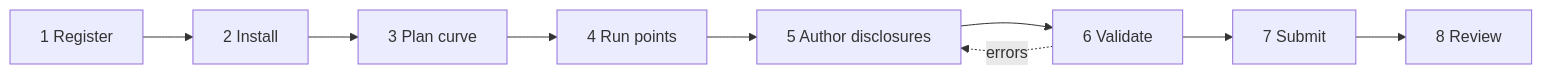
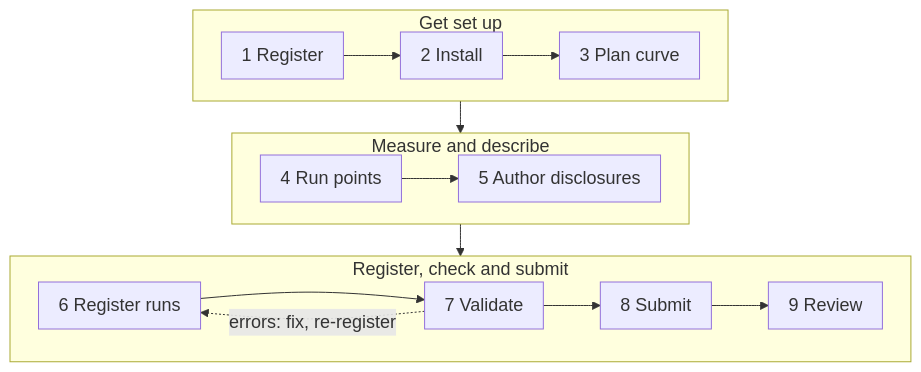
Before and after one commit to mlcommons/endpoints-submission-docs: the diagram in docs/workflow/index.md, drawn with Mermaid. The commit also changed other lines of this file and 45 other files, not shown here.

````diff
--- a/docs/workflow/index.md
+++ b/docs/workflow/index.md
@@ -7,6 +3,18 @@
 ```mermaid
-flowchart LR
-    R[1 Register] --> I[2 Install] --> P[3 Plan curve] --> X[4 Run points]
-    X --> D[5 Author disclosures] --> V[6 Validate] --> S[7 Submit] --> A[8 Review]
-    V -.->|errors| D
+%%{init: {"themeVariables": {"fontSize": "18px"}, "flowchart": {"nodeSpacing": 24, "rankSpacing": 32, "padding": 10}}}%%
+flowchart TB
+    subgraph setup ["Get set up"]
+        direction LR
+        R[1 Register] --> I[2 Install] --> P[3 Plan curve]
+    end
+    subgraph measure ["Measure and describe"]
+        direction LR
+        X[4 Run points] --> D[5 Author disclosures]
+    end
+    subgraph submit ["Register, check and submit"]
+        direction LR
+        G[6 Register runs] --> V[7 Validate] --> S[8 Submit] --> A[9 Review]
+        V -.->|"errors: fix, re-register"| G
+    end
+    setup --> measure --> submit
 ```
````
